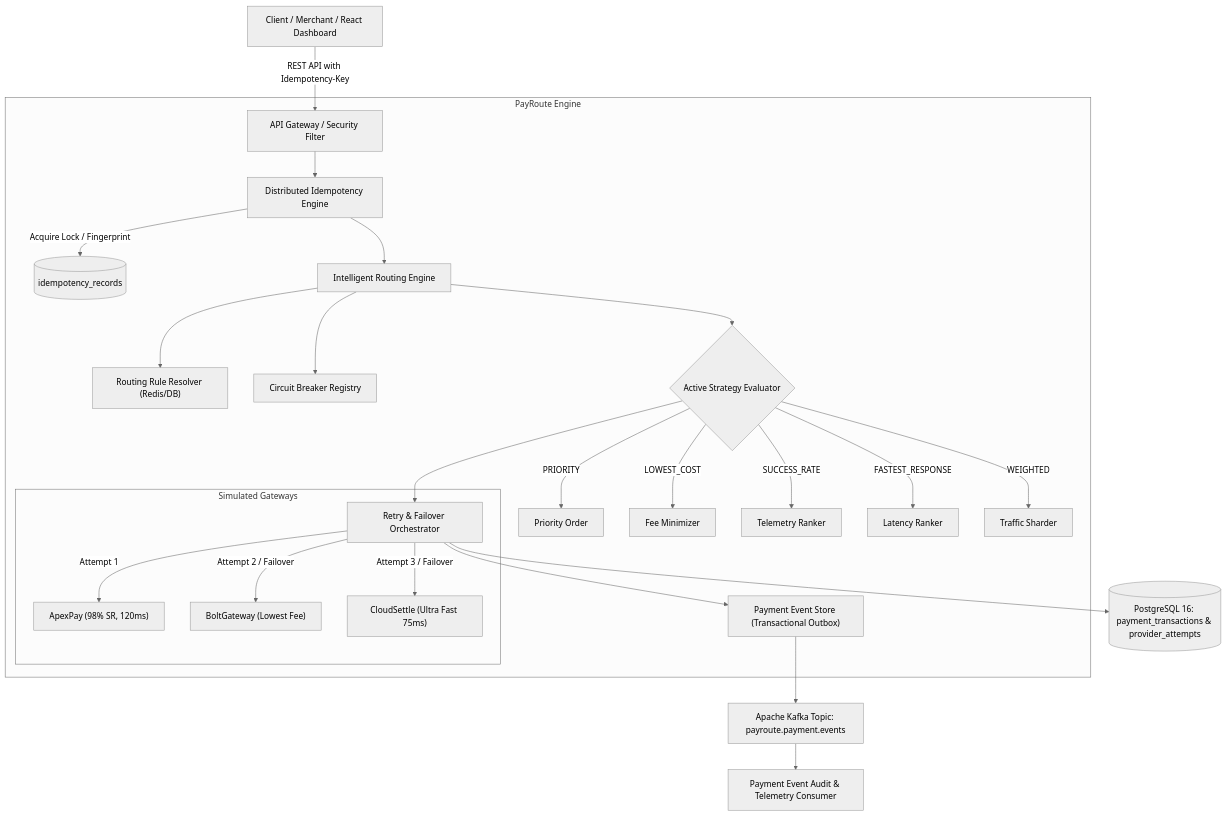
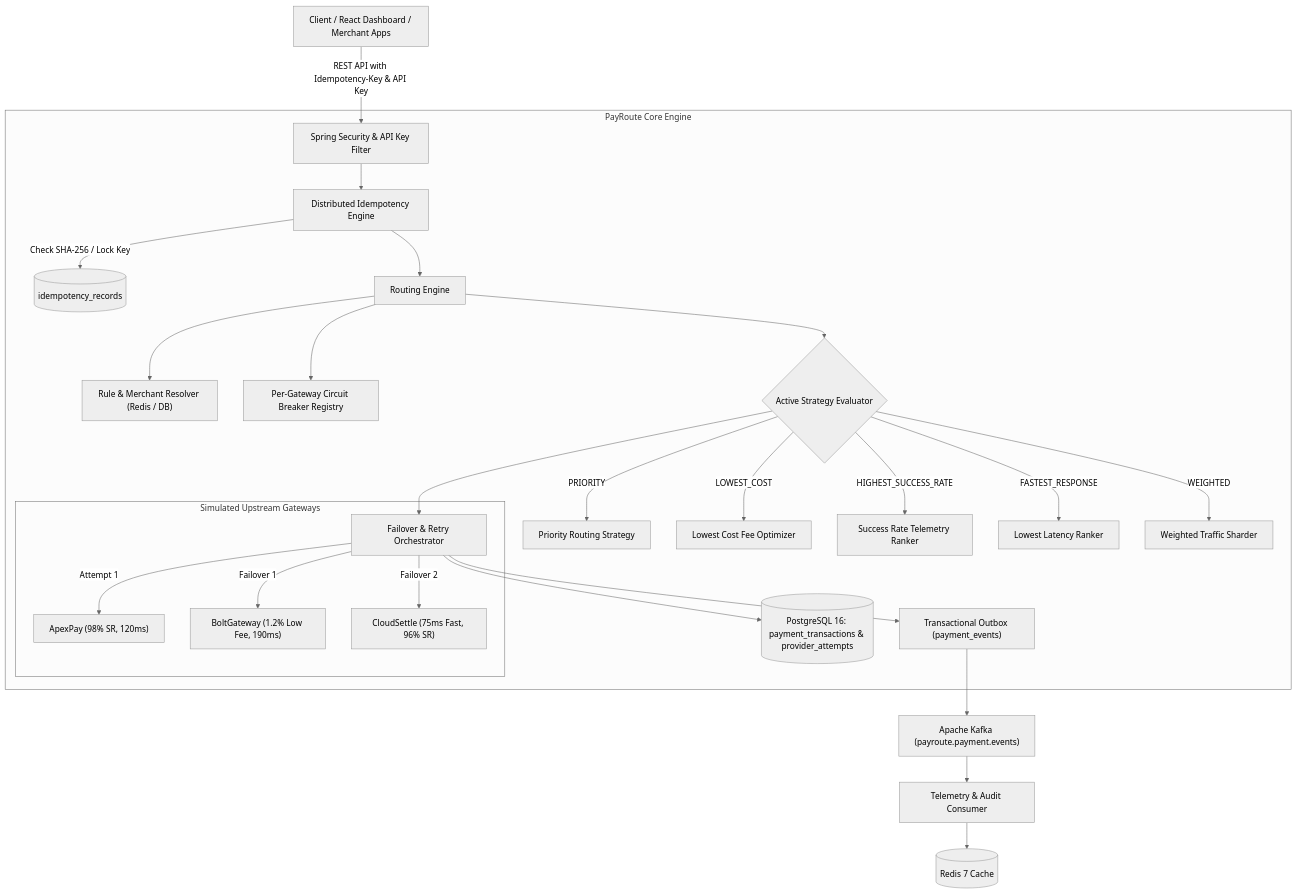
One commit to AnshikaMoudgil/PayRoute-Intelligent-Payment-Routing-Failover-Engine changed the first of 5 diagrams in README.md. Above: the diagram before and after it, drawn with Mermaid (neutral theme). The commit also changed other lines of this file and 135 other files, not shown here.

First line of the commit message:
feat: enhance documentation and add full PayRoute platform files

````diff
--- a/README.md
+++ b/README.md
@@ -11,35 +99,35 @@
 ```mermaid
 flowchart TD
-    Client["Client / Merchant / React Dashboard"] -->|REST API with Idempotency-Key| Gateway["API Gateway / Security Filter"]
+    Client["Client / React Dashboard / Merchant Apps"] -->|REST API with Idempotency-Key & API Key| Security["Spring Security & API Key Filter"]
     
-    subgraph PayRoute Engine
-        Gateway --> IdemService["Distributed Idempotency Engine"]
-        IdemService -->|Acquire Lock / Fingerprint| IdemDB[("idempotency_records")]
-        IdemService --> Router["Intelligent Routing Engine"]
+    subgraph PayRoute Core Engine
+        Security --> IdemService["Distributed Idempotency Engine"]
+        IdemService -->|Check SHA-256 / Lock Key| IdemDB[("idempotency_records")]
         
-        Router --> RuleResolver["Routing Rule Resolver (Redis/DB)"]
-        Router --> CBManager["Circuit Breaker Registry"]
+        IdemService --> Router["Routing Engine"]
+        Router --> RuleResolver["Rule & Merchant Resolver (Redis / DB)"]
+        Router --> CBRegistry["Per-Gateway Circuit Breaker Registry"]
         Router --> Strategy{"Active Strategy Evaluator"}
         
-        Strategy -->|PRIORITY| PriorityStrat["Priority Order"]
-        Strategy -->|LOWEST_COST| CostStrat["Fee Minimizer"]
-        Strategy -->|SUCCESS_RATE| SuccessStrat["Telemetry Ranker"]
-        Strategy -->|FASTEST_RESPONSE| LatencyStrat["Latency Ranker"]
-        Strategy -->|WEIGHTED| WeightStrat["Traffic Sharder"]
+        Strategy -->|PRIORITY| PriorityStrat["Priority Routing Strategy"]
+        Strategy -->|LOWEST_COST| CostStrat["Lowest Cost Fee Optimizer"]
+        Strategy -->|HIGHEST_SUCCESS_RATE| SuccessStrat["Success Rate Telemetry Ranker"]
+        Strategy -->|FASTEST_RESPONSE| LatencyStrat["Lowest Latency Ranker"]
+        Strategy -->|WEIGHTED| WeightStrat["Weighted Traffic Sharder"]
         
-        Strategy --> RetryFailover["Retry & Failover Orchestrator"]
+        Strategy --> FailoverEngine["Failover & Retry Orchestrator"]
         
-        subgraph Simulated Gateways
-            RetryFailover -->|Attempt 1| ProvA["ApexPay (98% SR, 120ms)"]
-            RetryFailover -->|Attempt 2 / Failover| ProvB["BoltGateway (Lowest Fee)"]
-            RetryFailover -->|Attempt 3 / Failover| ProvC["CloudSettle (Ultra Fast 75ms)"]
+        subgraph Simulated Upstream Gateways
+            FailoverEngine -->|Attempt 1| ProvA["ApexPay (98% SR, 120ms)"]
+            FailoverEngine -->|Failover 1| ProvB["BoltGateway (1.2% Low Fee, 190ms)"]
+            FailoverEngine -->|Failover 2| ProvC["CloudSettle (75ms Fast, 96% SR)"]
         end
         
-        RetryFailover --> Outbox["Payment Event Store (Transactional Outbox)"]
+        FailoverEngine --> Outbox["Transactional Outbox (payment_events)"]
+        FailoverEngine --> MainDB[("PostgreSQL 16: payment_transactions & provider_attempts")]
     end
     
-    Outbox --> Kafka["Apache Kafka Topic: payroute.payment.events"]
-    Kafka --> Consumer["Payment Event Audit & Telemetry Consumer"]
-    
-    RetryFailover --> MainDB[("PostgreSQL 16: payment_transactions & provider_attempts")]
+    Outbox --> Kafka["Apache Kafka (payroute.payment.events)"]
+    Kafka --> AnalyticsConsumer["Telemetry & Audit Consumer"]
+    AnalyticsConsumer --> RedisCache[("Redis 7 Cache")]
 ```
````
